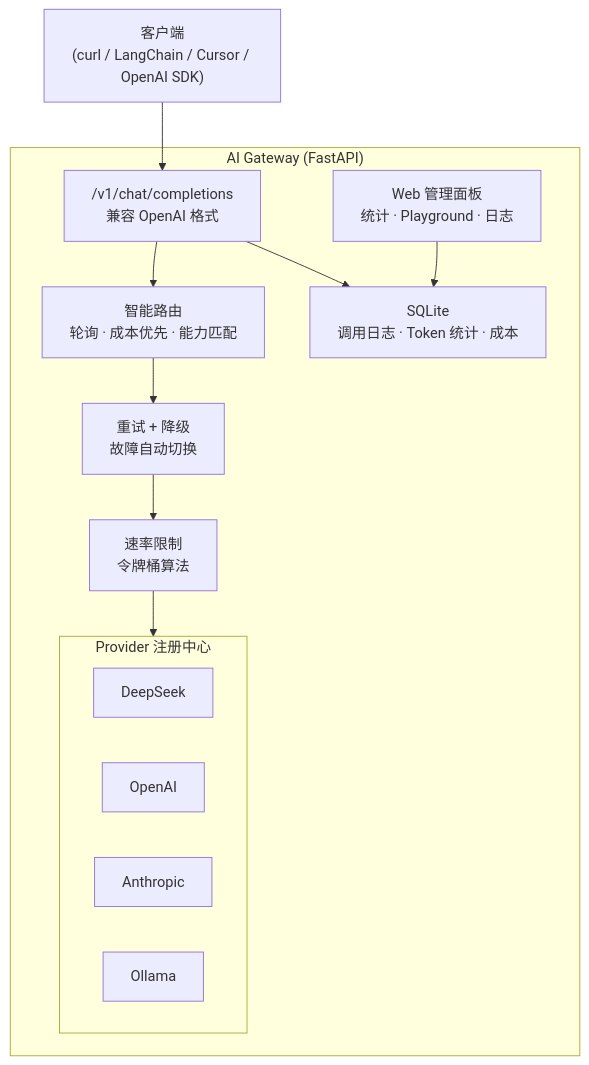
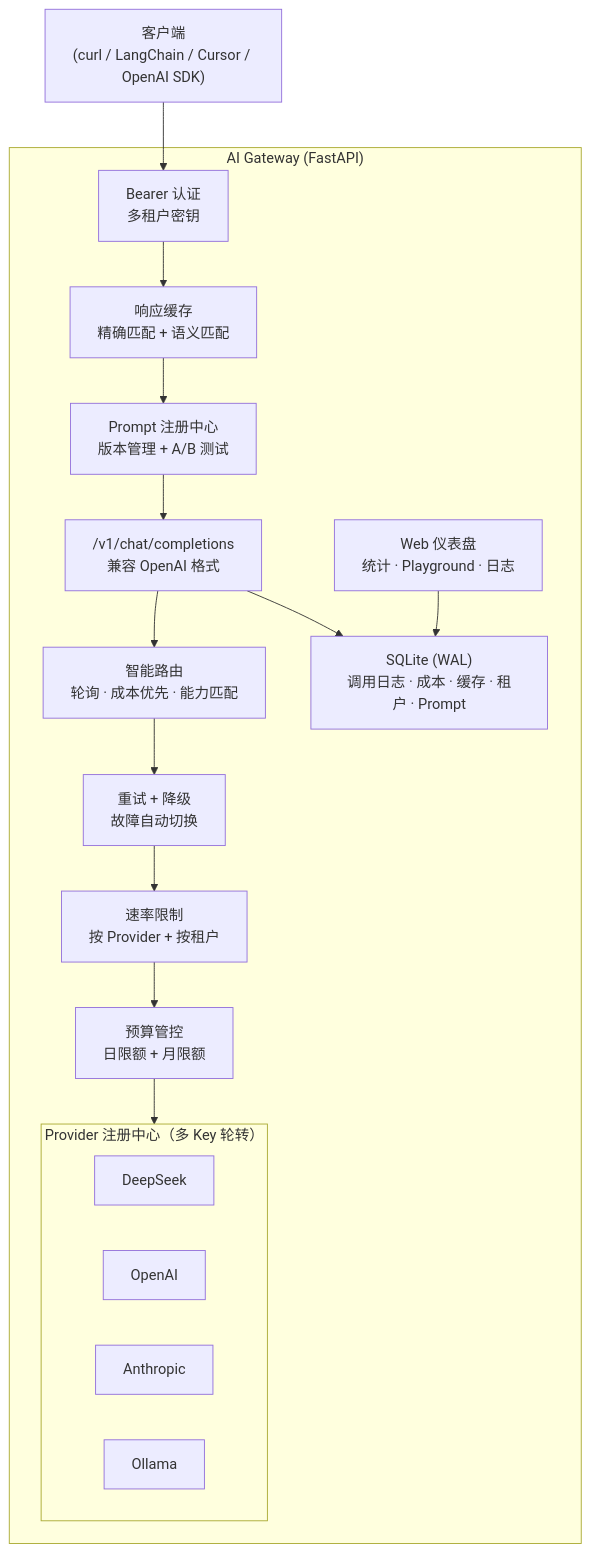
One commit to DNMCJH/ai-gateway changed the diagram in README_CN.md. Above: the diagram before and after it, drawn with Mermaid. The commit also changed other lines of this file and 1 other file, not shown here.

First line of the commit message:
docs: update README with all new features (cache, tenants, prompts, semantic)

````diff
--- a/README_CN.md
+++ b/README_CN.md
@@ -9,29 +9,37 @@
 ```mermaid
 graph TB
     Client["客户端<br/>(curl / LangChain / Cursor / OpenAI SDK)"]
     
     subgraph Gateway["AI Gateway (FastAPI)"]
+        Auth["Bearer 认证<br/>多租户密钥"]
+        Cache["响应缓存<br/>精确匹配 + 语义匹配"]
+        Prompt["Prompt 注册中心<br/>版本管理 + A/B 测试"]
         API["/v1/chat/completions<br/>兼容 OpenAI 格式"]
         Router["智能路由<br/>轮询 · 成本优先 · 能力匹配"]
         Retry["重试 + 降级<br/>故障自动切换"]
-        Limiter["速率限制<br/>令牌桶算法"]
+        Limiter["速率限制<br/>按 Provider + 按租户"]
+        Budget["预算管控<br/>日限额 + 月限额"]
         
-        subgraph Providers["Provider 注册中心"]
+        subgraph Providers["Provider 注册中心（多 Key 轮转）"]
             DS[DeepSeek]
             OAI[OpenAI]
             Claude[Anthropic]
             Ollama[Ollama]
         end
         
-        DB["SQLite<br/>调用日志 · Token 统计 · 成本"]
-        Dashboard["Web 管理面板<br/>统计 · Playground · 日志"]
+        DB["SQLite (WAL)<br/>调用日志 · 成本 · 缓存 · 租户 · Prompt"]
+        Dashboard["Web 仪表盘<br/>统计 · Playground · 日志"]
     end
     
-    Client --> API
+    Client --> Auth
+    Auth --> Cache
+    Cache --> Prompt
+    Prompt --> API
     API --> Router
     Router --> Retry
     Retry --> Limiter
-    Limiter --> Providers
+    Limiter --> Budget
+    Budget --> Providers
     API --> DB
     Dashboard --> DB
 ```
````
